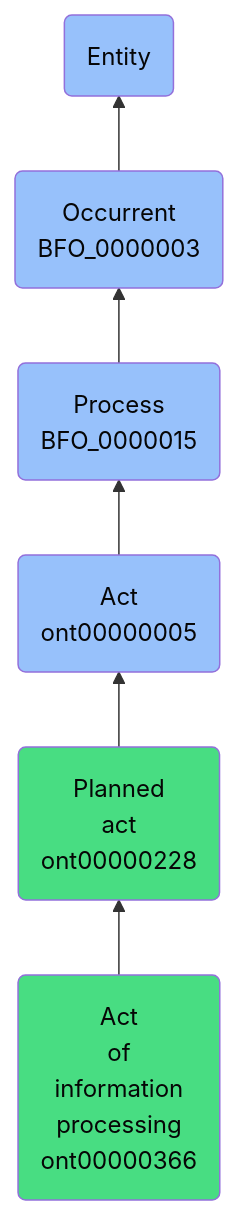
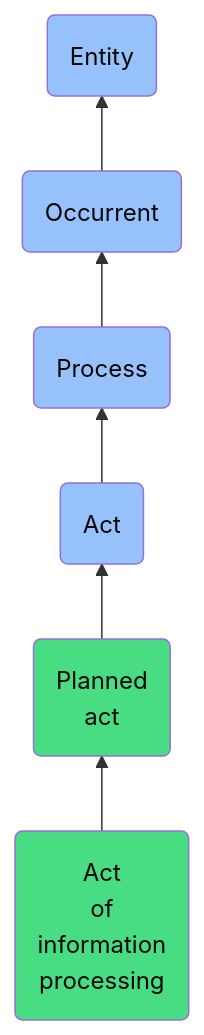
The diagram in docs/ontology/reference/model/Entity/Occurrent/Process/Act/Planned act/Act of information processing/Act of information processing.md (jupyter-naas/abi), drawn with Mermaid before and after one commit. The commit also changed other lines of this file and 1430 other files, not shown here.

````diff
--- a/docs/ontology/reference/model/Entity/Occurrent/Process/Act/Planned act/Act of information processing/Act of information processing.md
+++ b/docs/ontology/reference/model/Entity/Occurrent/Process/Act/Planned act/Act of information processing/Act of information processing.md
@@ -24,13 +24,13 @@
 ```mermaid
 graph BT
-    ont00000366(Act<br>of<br>information<br>processing<br>ont00000366):::ABI-->ont00000228
-    ont00000228(Planned<br>act<br>ont00000228):::ABI-->ont00000005
-    ont00000005(Act<br>ont00000005):::BFO-->BFO_0000015
-    BFO_0000015(Process<br>BFO_0000015):::BFO-->BFO_0000003
-    BFO_0000003(Occurrent<br>BFO_0000003):::BFO-->BFO_0000001
+    ont00000366(Act<br>of<br>information<br>processing):::ABI-->ont00000228
+    ont00000228(Planned<br>act):::ABI-->ont00000005
+    ont00000005(Act):::BFO-->BFO_0000015
+    BFO_0000015(Process):::BFO-->BFO_0000003
+    BFO_0000003(Occurrent):::BFO-->BFO_0000001
     BFO_0000001(Entity):::BFO
     
     classDef BFO fill:#97c1fb,color:#060606
     classDef CCO fill:#e4c51e,color:#060606
     classDef ABI fill:#48DD82,color:#060606
 ```
````
